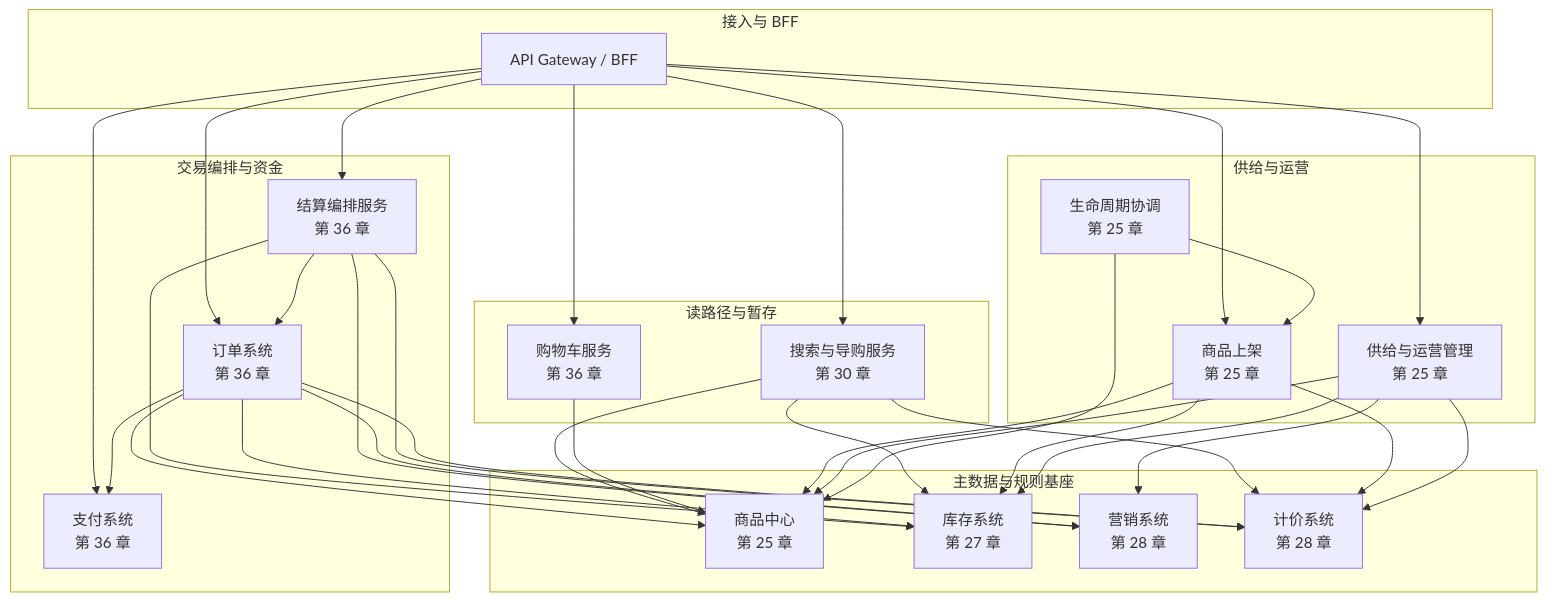
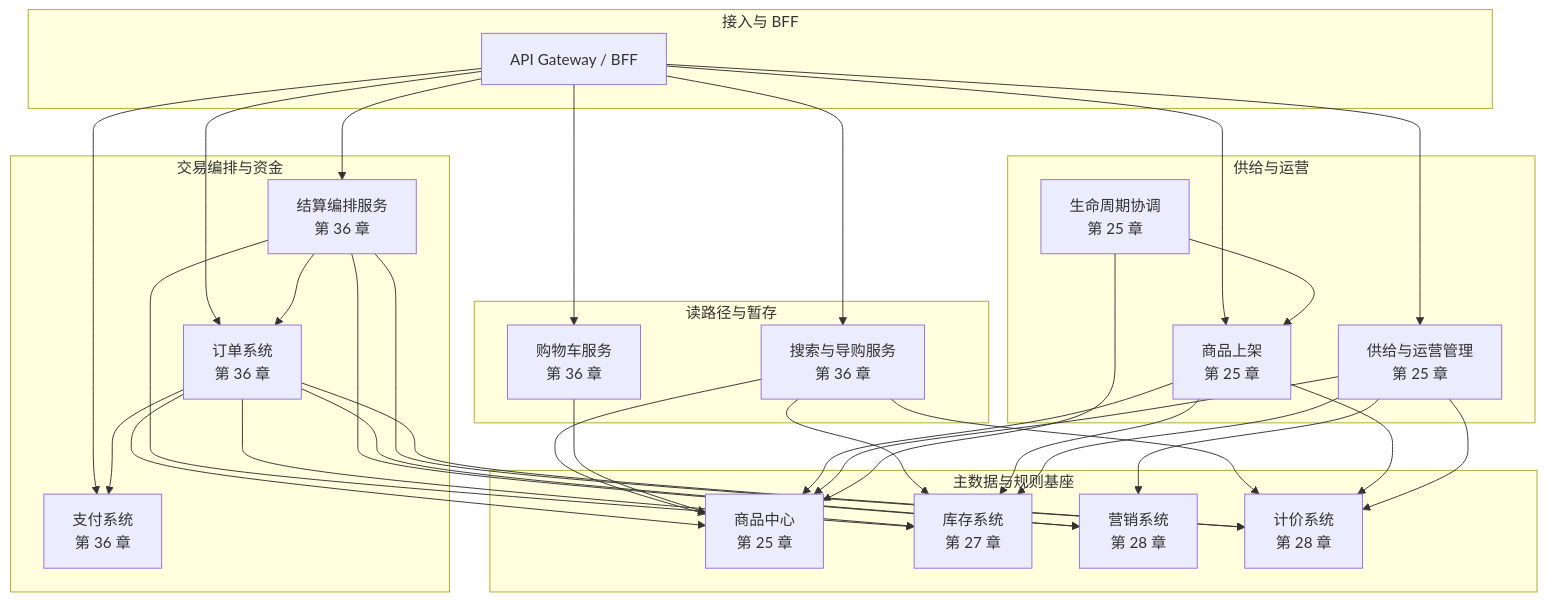
Before and after one commit to wxquare/wxquare.github.io: the third of 9 diagrams in books/system-design-primer/src/part03/01-ecommerce-overview.md, drawn with Mermaid. The commit also changed other lines of this file and 9 other files, not shown here.

````diff
--- a/books/system-design-primer/src/part03/01-ecommerce-overview.md
+++ b/books/system-design-primer/src/part03/01-ecommerce-overview.md
@@ -166,64 +166,64 @@
 ```mermaid
 flowchart TB
   subgraph L0["接入与 BFF"]
     GW[API Gateway / BFF]
   end
 
   subgraph L_read["读路径与暂存"]
-    SearchSvc["搜索与导购服务<br/>第 30 章"]
+    SearchSvc["搜索与导购服务<br/>第 36 章"]
     CartSvc["购物车服务<br/>第 36 章"]
   end
 
   subgraph L_data["主数据与规则基座"]
     ProductSvc["商品中心<br/>第 25 章"]
     InvSvc["库存系统<br/>第 27 章"]
     MktSvc["营销系统<br/>第 28 章"]
     PriceSvc["计价系统<br/>第 28 章"]
   end
 
   subgraph L_trade["交易编排与资金"]
     CheckoutSvc["结算编排服务<br/>第 36 章"]
     OrderSvc["订单系统<br/>第 36 章"]
     PaySvc["支付系统<br/>第 36 章"]
   end
 
   subgraph L_supply["供给与运营"]
     ListingSvc["商品上架<br/>第 25 章"]
     OpsSvc["供给与运营管理<br/>第 25 章"]
     LifeSvc["生命周期协调<br/>第 25 章"]
   end
 
   GW --> SearchSvc
   GW --> CartSvc
   GW --> CheckoutSvc
   GW --> OrderSvc
   GW --> PaySvc
   GW --> ListingSvc
   GW --> OpsSvc
 
   SearchSvc --> ProductSvc
   SearchSvc --> InvSvc
   SearchSvc --> PriceSvc
   CartSvc --> ProductSvc
 
   CheckoutSvc --> PriceSvc
   CheckoutSvc --> InvSvc
   CheckoutSvc --> MktSvc
   CheckoutSvc --> OrderSvc
 
   OrderSvc --> ProductSvc
   OrderSvc --> InvSvc
   OrderSvc --> MktSvc
   OrderSvc --> PriceSvc
   OrderSvc --> PaySvc
 
   ListingSvc --> ProductSvc
   ListingSvc --> InvSvc
   ListingSvc --> PriceSvc
   OpsSvc --> ProductSvc
   OpsSvc --> InvSvc
   OpsSvc --> MktSvc
   OpsSvc --> PriceSvc
   LifeSvc --> ProductSvc
   LifeSvc --> ListingSvc
 ```
````
